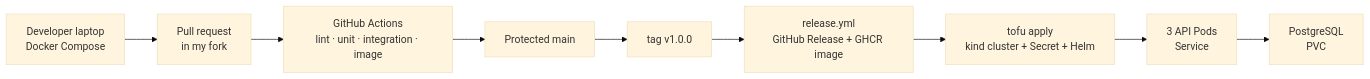
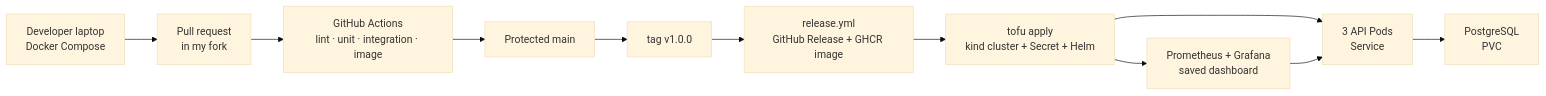
Before and after one commit to sachidumaleesha/turiba-devops-labs: the diagram in capstone/README.md, drawn with Mermaid (base theme). The commit also changed other lines of this file and 2 other files, not shown here.

Commit message:
feat: add Grafana observability dashboard

````diff
--- a/capstone/README.md
+++ b/capstone/README.md
@@ -97,11 +138,13 @@
 ```mermaid
 flowchart LR
   Dev["Developer laptop<br/>Docker Compose"] --> PR["Pull request<br/>in my fork"]
   PR --> CI["GitHub Actions<br/>lint · unit · integration · image"]
   CI --> Main["Protected main"]
   Main --> Tag["tag v1.0.0"]
   Tag --> Release["release.yml<br/>GitHub Release + GHCR image"]
   Release --> Tofu["tofu apply<br/>kind cluster + Secret + Helm"]
   Tofu --> API["3 API Pods<br/>Service"]
   API --> DB["PostgreSQL<br/>PVC"]
+  Tofu --> Monitor["Prometheus + Grafana<br/>saved dashboard"]
+  Monitor --> API
 ```
````
